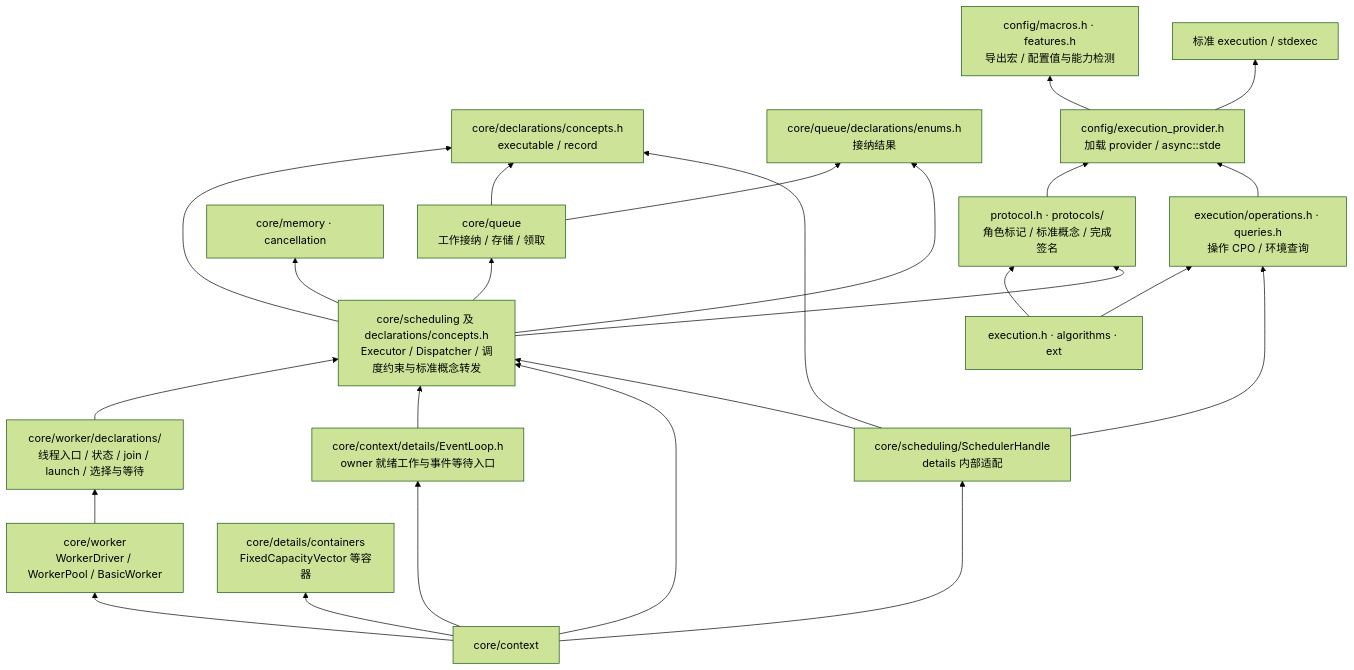
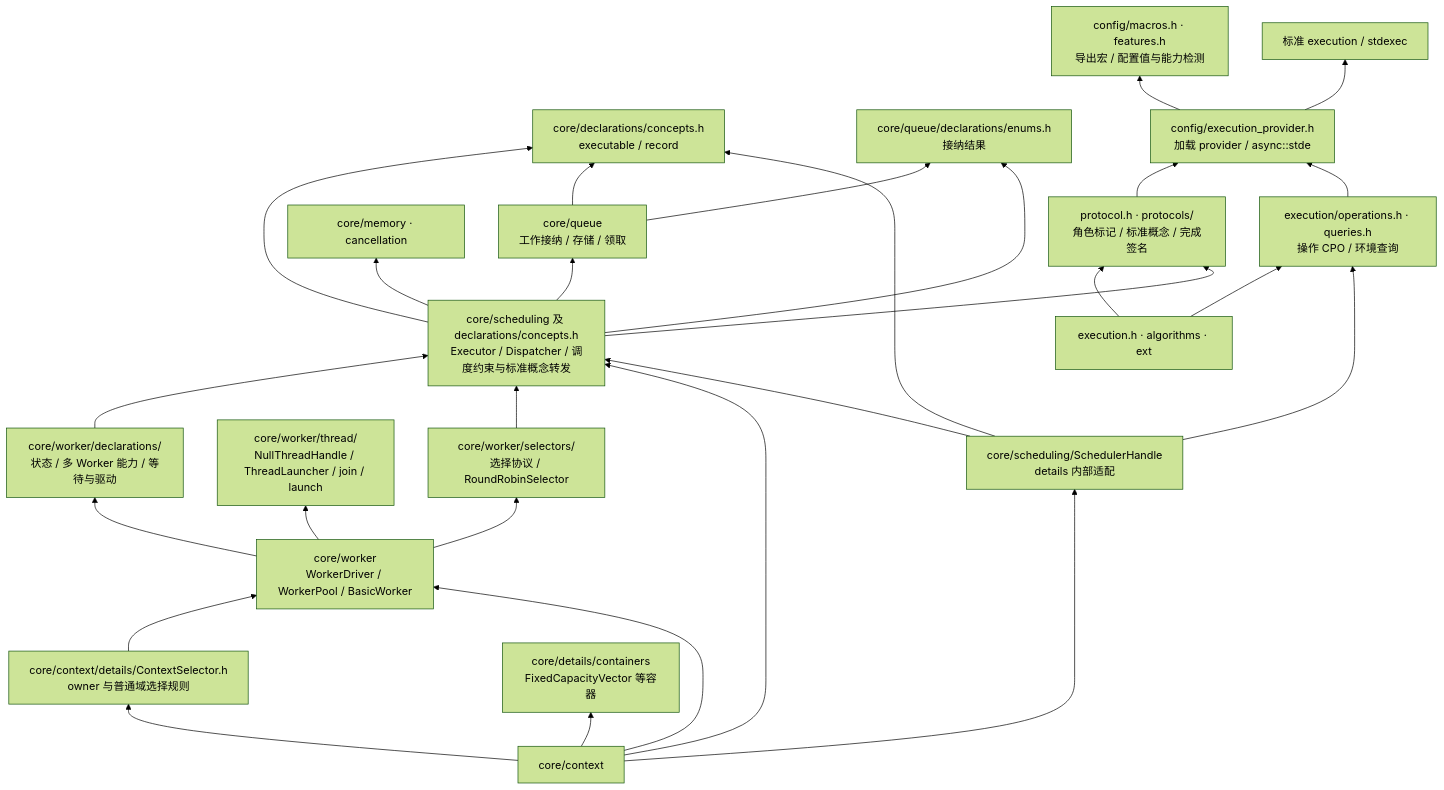
The first of 4 diagrams in CORE_DESIGN.md (mmmmmcree/async), drawn with Mermaid (forest theme) before and after one commit. The commit also changed other lines of this file and 20 other files, not shown here.

````diff
--- a/CORE_DESIGN.md
+++ b/CORE_DESIGN.md
@@ -45,44 +45,49 @@
 ```mermaid
 flowchart BT
     P["core/declarations/concepts.h<br/>executable / record"]
     B["core/queue/declarations/enums.h<br/>接纳结果"]
     Q["core/queue<br/>工作接纳 / 存储 / 领取"]
-    T["core/worker/declarations/<br/>线程入口 / 状态 / join / launch / 选择与等待"]
+    T["core/worker/declarations/<br/>状态 / 多 Worker 能力 / 等待与驱动"]
+    TH["core/worker/thread/<br/>NullThreadHandle / ThreadLauncher / join / launch"]
+    SL["core/worker/selectors/<br/>选择协议 / RoundRobinSelector"]
     W["core/worker<br/>WorkerDriver / WorkerPool / BasicWorker"]
-    L["core/context/details/EventLoop.h<br/>owner 就绪工作与事件等待入口"]
+    CS["core/context/details/ContextSelector.h<br/>owner 与普通域选择规则"]
     M["core/memory · cancellation"]
     K["core/details/containers<br/>FixedCapacityVector 等容器"]
     R["core/scheduling 及 declarations/concepts.h<br/>Executor / Dispatcher / 调度约束与标准概念转发"]
     C["core/context"]
     EP["protocol.h · protocols/<br/>角色标记 / 标准概念 / 完成签名"]
     O["execution/operations.h · queries.h<br/>操作 CPO / 环境查询"]
     E["execution.h · algorithms · ext"]
     F["config/execution_provider.h<br/>加载 provider / async::stde"]
     FM["config/macros.h · features.h<br/>导出宏 / 配置值与能力检测"]
     S["标准 execution / stdexec"]
     A["core/scheduling/SchedulerHandle<br/>details 内部适配"]
     R --> P
     R --> Q
     Q --> B
     Q --> P
     R --> B
     W --> T
+    W --> TH
+    W --> SL
     T --> R
-    L --> R
+    SL --> R
+    CS --> W
     R --> M
     C --> R
     C --> A
     C --> K
     C --> W
-    C --> L
+    C --> CS
     E --> EP
     E --> O
     EP --> F
     O --> F
     F --> FM
     F --> S
     R --> EP
     A --> R
     A --> P
     A --> O
 ```
````
